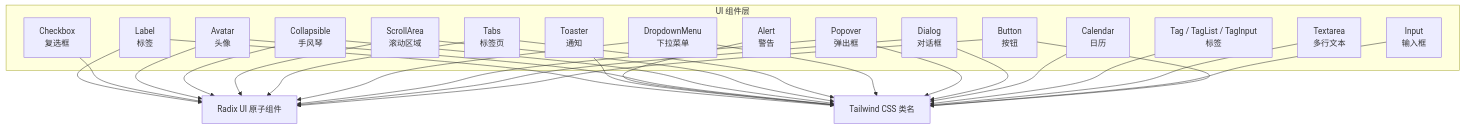
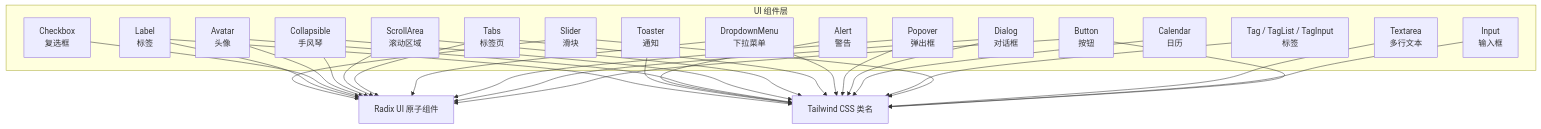
The first of 7 diagrams in .qoder/repowiki/zh/content/前端组件架构/UI 组件库/UI 组件库.md (RadiumAg/image-saas), drawn with Mermaid before and after one commit. The commit also changed other lines of this file and 6 other files, not shown here.

````diff
--- a/.qoder/repowiki/zh/content/前端组件架构/UI 组件库/UI 组件库.md
+++ b/.qoder/repowiki/zh/content/前端组件架构/UI 组件库/UI 组件库.md
@@ -43,46 +44,49 @@
 ```mermaid
 graph TB
 subgraph "UI 组件层"
 Btn["Button<br/>按钮"]
 Inp["Input<br/>输入框"]
 Txt["Textarea<br/>多行文本"]
+Sl["Slider<br/>滑块"]
 Ckb["Checkbox<br/>复选框"]
 Tag["Tag / TagList / TagInput<br/>标签"]
 Cal["Calendar<br/>日历"]
 Dia["Dialog<br/>对话框"]
 Pop["Popover<br/>弹出框"]
 Drop["DropdownMenu<br/>下拉菜单"]
 Tab["Tabs<br/>标签页"]
 Scroll["ScrollArea<br/>滚动区域"]
 Coll["Collapsible<br/>手风琴"]
 Av["Avatar<br/>头像"]
 Alert["Alert<br/>警告"]
 Sonner["Toaster<br/>通知"]
 Label["Label<br/>标签"]
 end
 Btn --> Radix["Radix UI 原子组件"]
 Dia --> Radix
 Pop --> Radix
 Drop --> Radix
 Tab --> Radix
 Scroll --> Radix
 Coll --> Radix
 Av --> Radix
 Ckb --> Radix
 Label --> Radix
+Sl --> Radix
 Btn --> Tailwind["Tailwind CSS 类名"]
 Inp --> Tailwind
 Txt --> Tailwind
+Sl --> Tailwind
 Tag --> Tailwind
 Cal --> Tailwind
 Dia --> Tailwind
 Pop --> Tailwind
 Drop --> Tailwind
 Tab --> Tailwind
 Scroll --> Tailwind
 Coll --> Tailwind
 Av --> Tailwind
 Alert --> Tailwind
 Sonner --> Tailwind
 Label --> Tailwind
 ```
````
